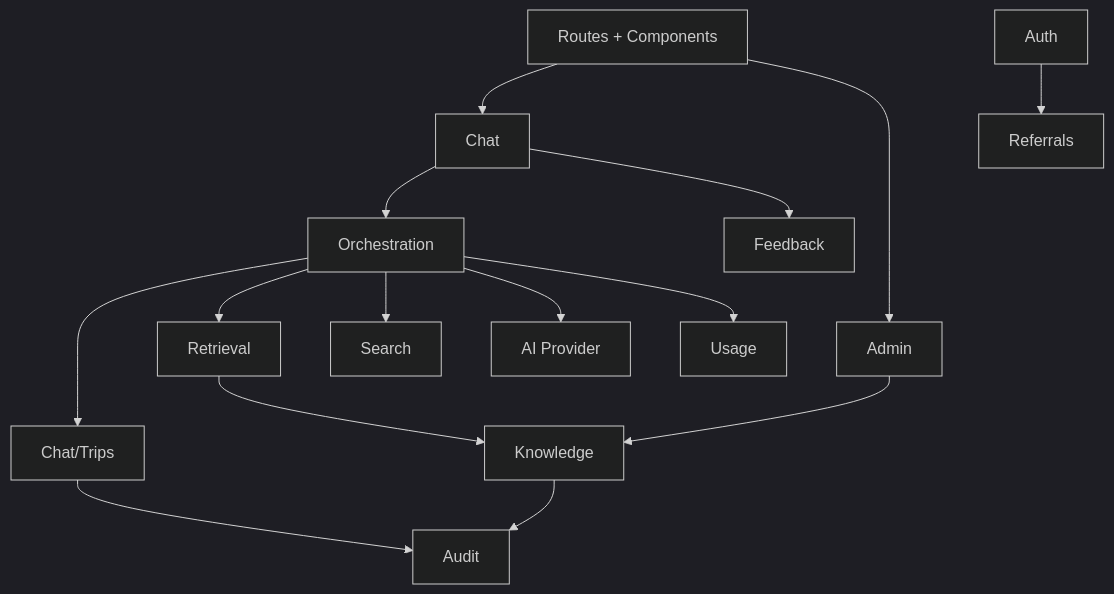
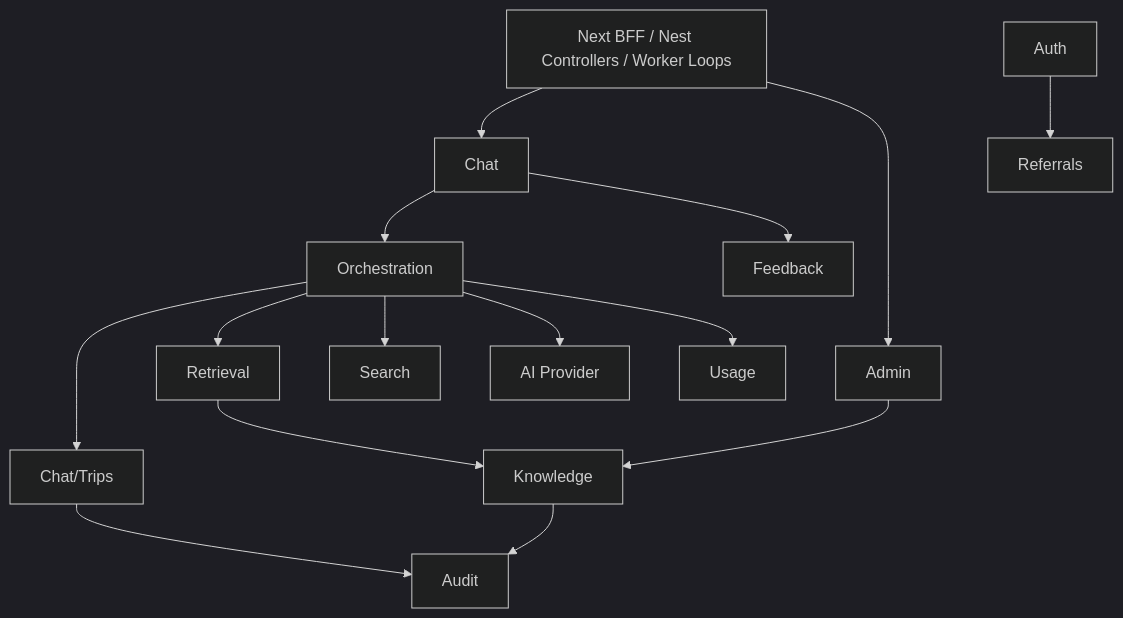
The second of 3 diagrams in _bmad-output/planning-artifacts/architecture/architecture-xuyenviet-2026-07-04/ARCHITECTURE-SPINE.md (tonytippi/xuyenviet), drawn with Mermaid (dark theme) before and after one commit. The commit also changed other lines of this file and 4 other files, not shown here.

Commit message:
docs: ratify API-first architecture

````diff
--- a/_bmad-output/planning-artifacts/architecture/architecture-xuyenviet-2026-07-04/ARCHITECTURE-SPINE.md
+++ b/_bmad-output/planning-artifacts/architecture/architecture-xuyenviet-2026-07-04/ARCHITECTURE-SPINE.md
@@ -98,18 +92,18 @@
 ```mermaid
 flowchart TB
-  UI[Routes + Components]
-  UI --> Chat
-  UI --> Admin
+  Adapters[Next BFF / Nest Controllers / Worker Loops]
+  Adapters --> Chat
+  Adapters --> Admin
   Chat --> Orchestration
   Admin --> Knowledge
   Orchestration --> ChatTrips[Chat/Trips]
   Orchestration --> Retrieval
   Orchestration --> Search
   Orchestration --> AI[AI Provider]
   Orchestration --> Usage
   Auth --> Referrals
   Retrieval --> Knowledge
   Knowledge --> Audit
   ChatTrips --> Audit
   Chat --> Feedback
 ```
````
